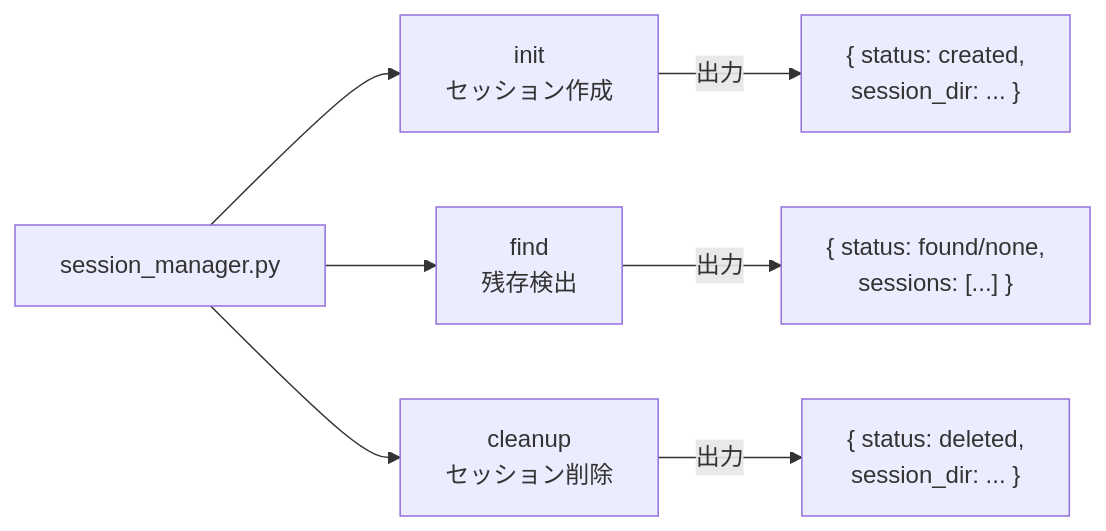
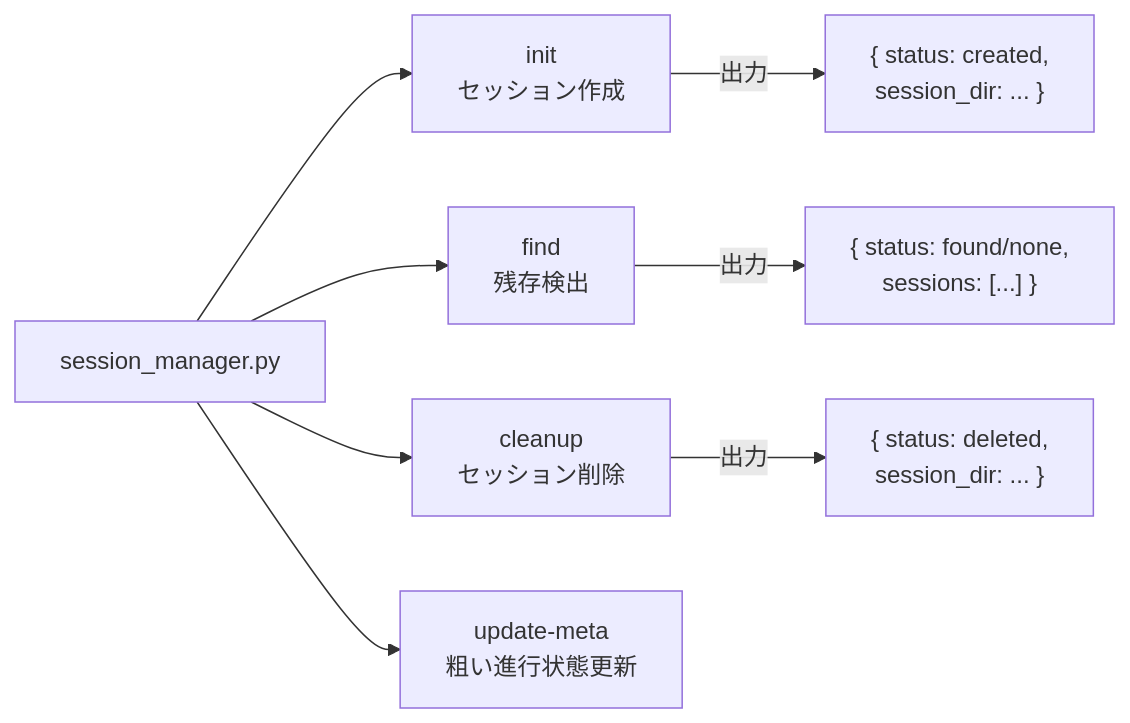
The fourth of 4 diagrams in docs/specs/forge/design/DES-011_session_management_design.md (BlueEventHorizon/bw-cc-plugins), drawn with Mermaid before and after one commit. The commit also changed other lines of this file and 4 other files, not shown here.

````diff
--- a/docs/specs/forge/design/DES-011_session_management_design.md
+++ b/docs/specs/forge/design/DES-011_session_management_design.md
@@ -219,10 +272,11 @@
 ```mermaid
 flowchart LR
     CLI[session_manager.py] --> Init[init<br/>セッション作成]
     CLI --> Find[find<br/>残存検出]
     CLI --> Cleanup[cleanup<br/>セッション削除]
+    CLI --> UpdateMeta[update-meta<br/>粗い進行状態更新]
 
     Init --> |出力| JSON1["{ status: created,<br/>  session_dir: ... }"]
     Find --> |出力| JSON2["{ status: found/none,<br/>  sessions: [...] }"]
     Cleanup --> |出力| JSON3["{ status: deleted,<br/>  session_dir: ... }"]
 ```
````
